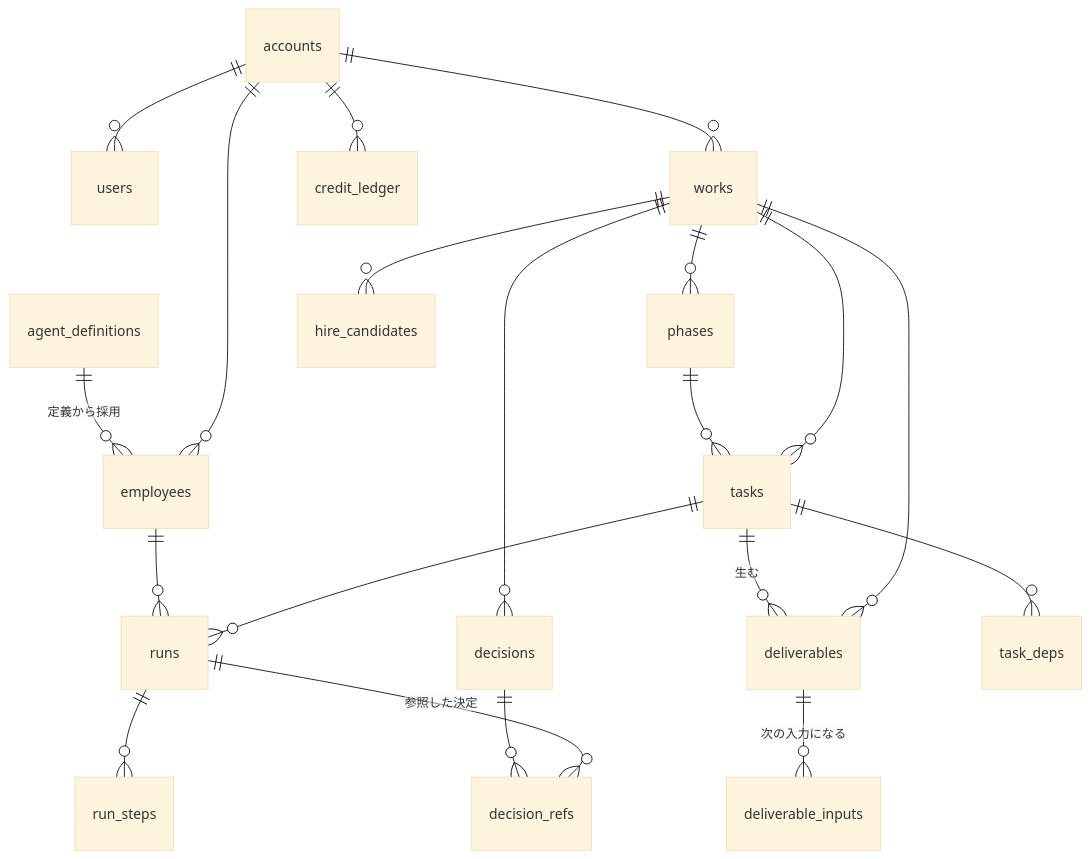
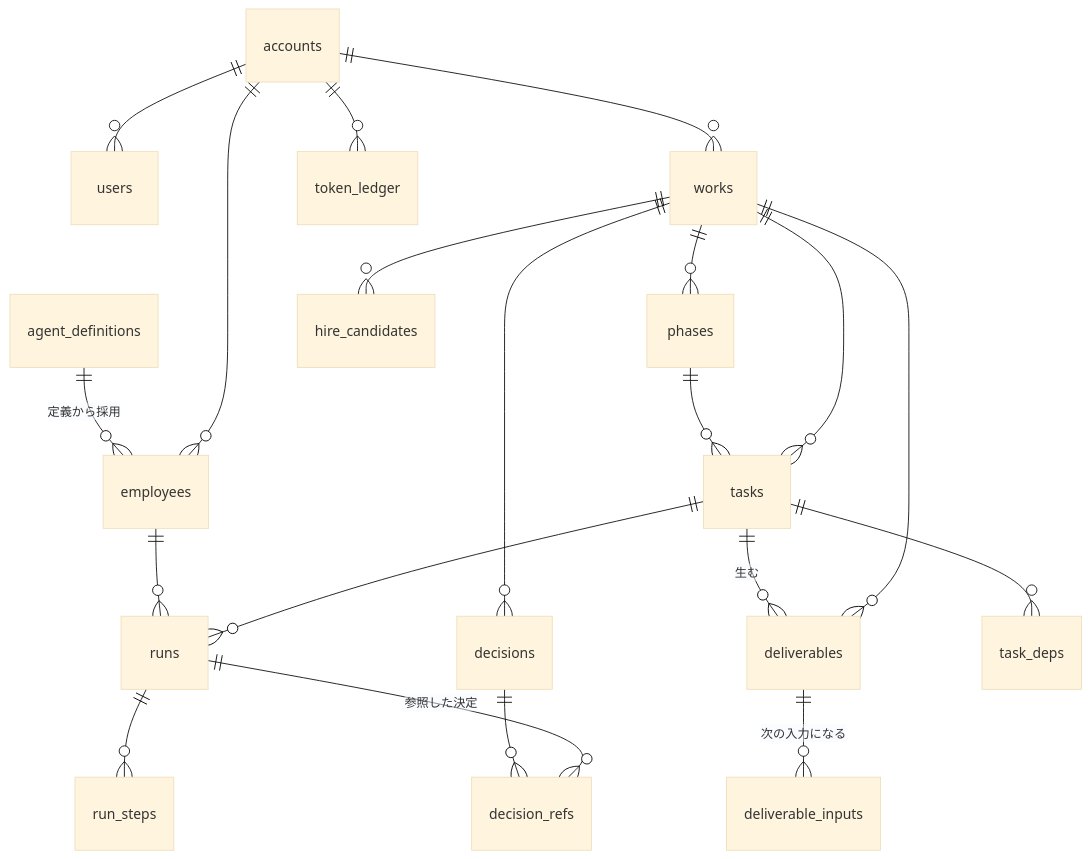
The diagram in docs/design/01-data-model.md (yuseidayo88/Ocean), drawn with Mermaid (base theme) before and after one commit. The commit also changed other lines of this file and 18 other files, not shown here.

````diff
--- a/docs/design/01-data-model.md
+++ b/docs/design/01-data-model.md
@@ -7,22 +7,22 @@
 ```mermaid
 erDiagram
   accounts ||--o{ users : ""
   accounts ||--o{ works : ""
   accounts ||--o{ employees : ""
-  accounts ||--o{ credit_ledger : ""
+  accounts ||--o{ token_ledger : ""
   agent_definitions ||--o{ employees : "定義から採用"
   works ||--o{ phases : ""
   works ||--o{ tasks : ""
   works ||--o{ deliverables : ""
   works ||--o{ decisions : ""
   works ||--o{ hire_candidates : ""
   phases ||--o{ tasks : ""
   tasks ||--o{ runs : ""
   tasks ||--o{ deliverables : "生む"
   tasks ||--o{ task_deps : ""
   employees ||--o{ runs : ""
   runs ||--o{ run_steps : ""
   runs ||--o{ decision_refs : "参照した決定"
   decisions ||--o{ decision_refs : ""
   deliverables ||--o{ deliverable_inputs : "次の入力になる"
 ```
````
